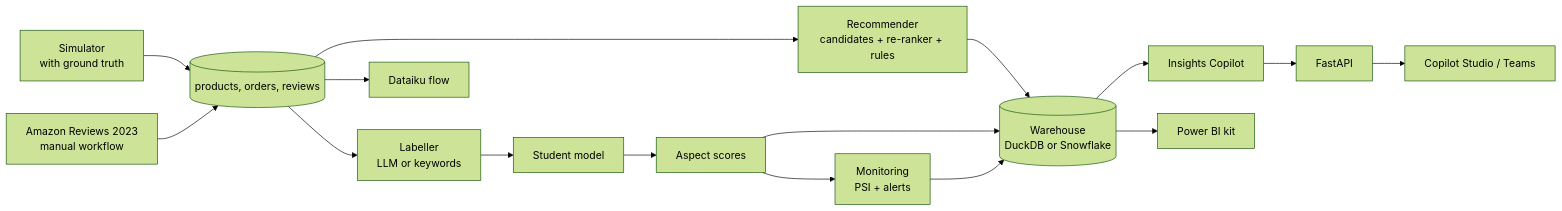
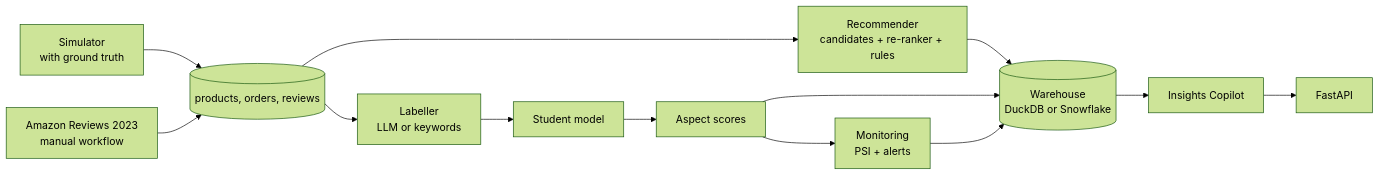
The diagram in README.md (faizanreza-cs/Shelfsense), drawn with Mermaid (forest theme) before and after one commit. The commit also changed other lines of this file and 2 other files, not shown here.

````diff
--- a/README.md
+++ b/README.md
@@ -119,12 +129,10 @@
 ```mermaid
 flowchart LR
     SIM[Simulator<br/>with ground truth] --> T[(products, orders, reviews)]
     AMZ[Amazon Reviews 2023<br/>manual workflow] --> T
     T --> REC[Recommender<br/>candidates + re-ranker + rules]
     T --> LAB[Labeller<br/>LLM or keywords] --> STU[Student model] --> ASP[Aspect scores]
     ASP --> MON[Monitoring<br/>PSI + alerts]
     REC & ASP & MON --> WH[(Warehouse<br/>DuckDB or Snowflake)]
-    WH --> AG[Insights Copilot] --> API[FastAPI] --> CS[Copilot Studio / Teams]
-    WH --> PBI[Power BI kit]
-    T --> DKU[Dataiku flow]
+    WH --> AG[Insights Copilot] --> API[FastAPI]
 ```
````
